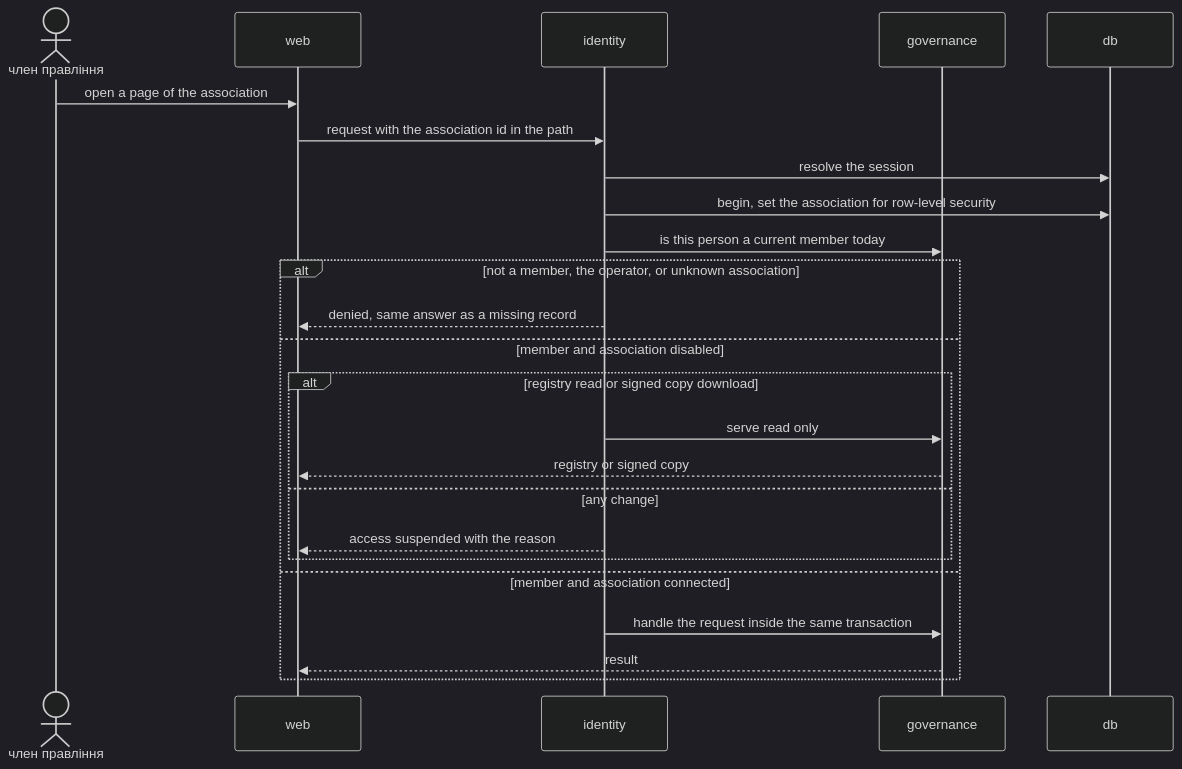
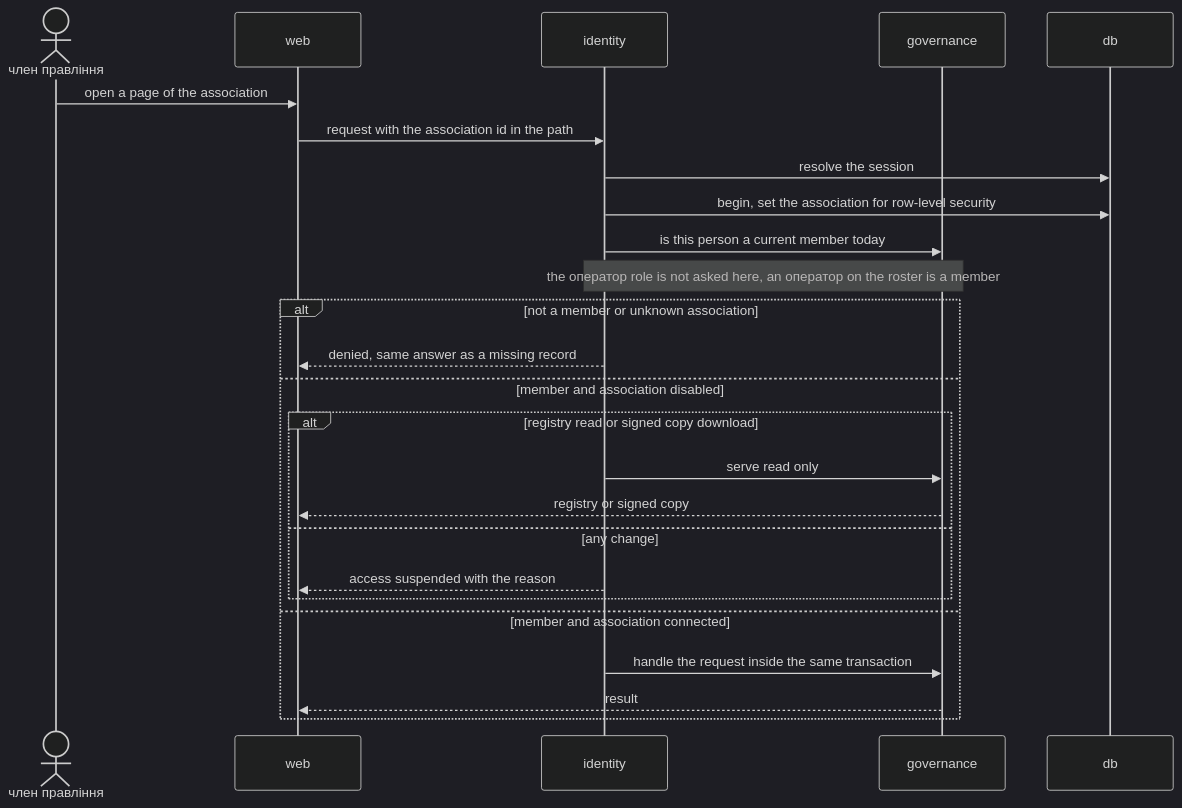
One commit to AndriiOpryshko/spilno changed the sixth of 14 diagrams in docs/features/association-onboarding/sad.md. Above: the diagram before and after it, drawn with Mermaid (dark theme). The commit also changed other lines of this file, not shown here.

````diff
--- a/docs/features/association-onboarding/sad.md
+++ b/docs/features/association-onboarding/sad.md
@@ -252,26 +261,27 @@
 ```mermaid
 sequenceDiagram
     actor M as член правління
     participant W as web
     participant I as identity
     participant G as governance
     participant D as db
     M->>W: open a page of the association
     W->>I: request with the association id in the path
     I->>D: resolve the session
     I->>D: begin, set the association for row-level security
     I->>G: is this person a current member today
-    alt not a member, the operator, or unknown association
+    Note over I,G: the оператор role is not asked here, an оператор on the roster is a member
+    alt not a member or unknown association
         I-->>W: denied, same answer as a missing record
     else member and association disabled
         alt registry read or signed copy download
             I->>G: serve read only
             G-->>W: registry or signed copy
         else any change
             I-->>W: access suspended with the reason
         end
     else member and association connected
         I->>G: handle the request inside the same transaction
         G-->>W: result
     end
 ```
````
